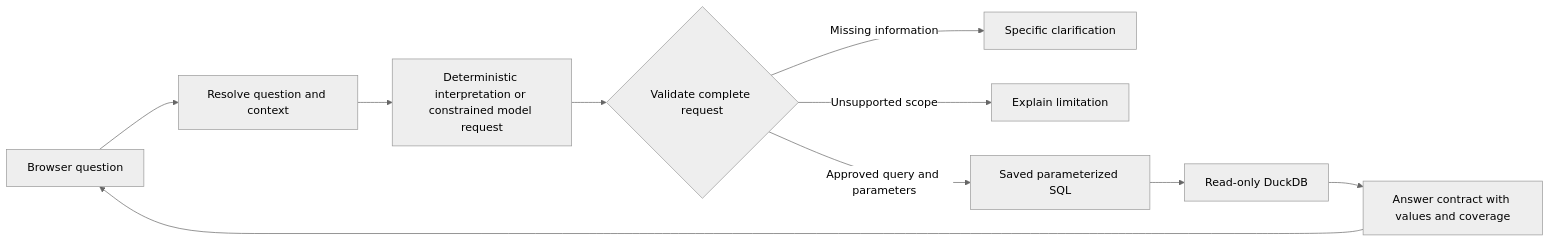
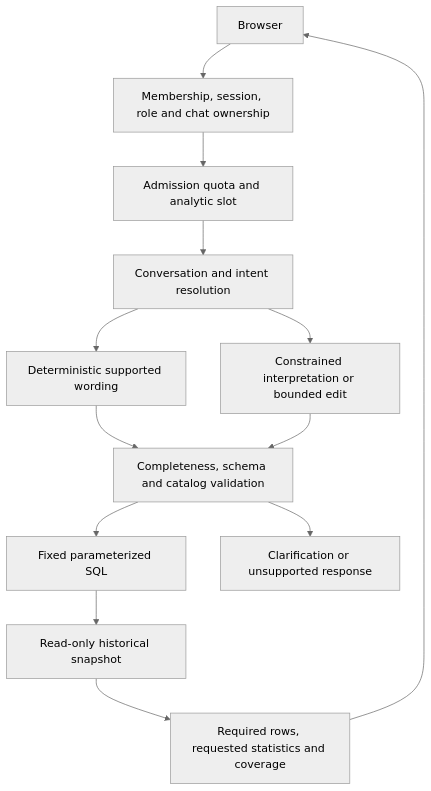
One commit to rileyacook/baseball-notebook-portfolio changed the diagram in docs/architecture.md. Above: the diagram before and after it, drawn with Mermaid (neutral theme). The commit also changed other lines of this file and 32 other files, not shown here.

````diff
--- a/docs/architecture.md
+++ b/docs/architecture.md
@@ -3,12 +5,15 @@
 ```mermaid
-flowchart LR
-    A[Browser question] --> B[Resolve question and context]
-    B --> C[Deterministic interpretation or constrained model request]
-    C --> D{Validate complete request}
-    D -->|Missing information| E[Specific clarification]
-    D -->|Unsupported scope| F[Explain limitation]
-    D -->|Approved query and parameters| G[Saved parameterized SQL]
-    G --> H[Read-only DuckDB]
-    H --> I[Answer contract with values and coverage]
-    I --> A
+flowchart TD
+  Browser --> Access[Membership, session, role and chat ownership]
+  Access --> Budget[Admission quota and analytic slot]
+  Budget --> Intent[Conversation and intent resolution]
+  Intent --> Direct[Deterministic supported wording]
+  Intent --> Model[Constrained interpretation or bounded edit]
+  Direct --> Validate[Completeness, schema and catalog validation]
+  Model --> Validate
+  Validate --> SQL[Fixed parameterized SQL]
+  Validate --> Clarify[Clarification or unsupported response]
+  SQL --> DuckDB[Read-only historical snapshot]
+  DuckDB --> Contract[Required rows, requested statistics and coverage]
+  Contract --> Browser
 ```
````
